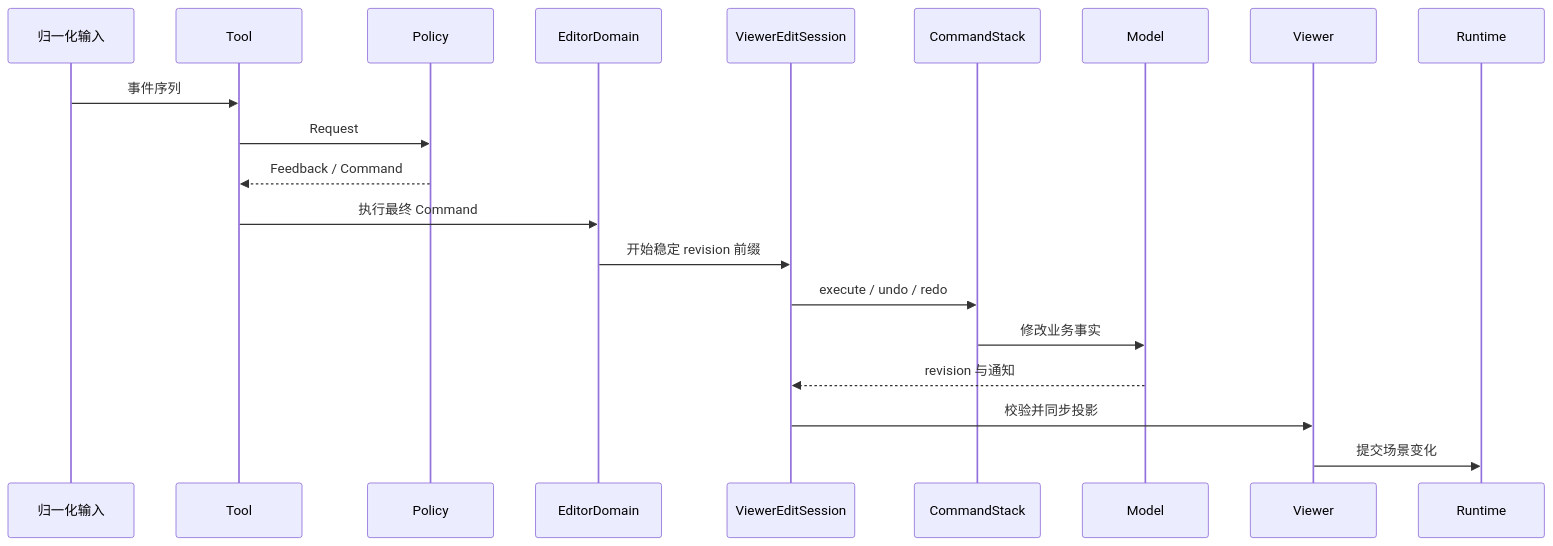
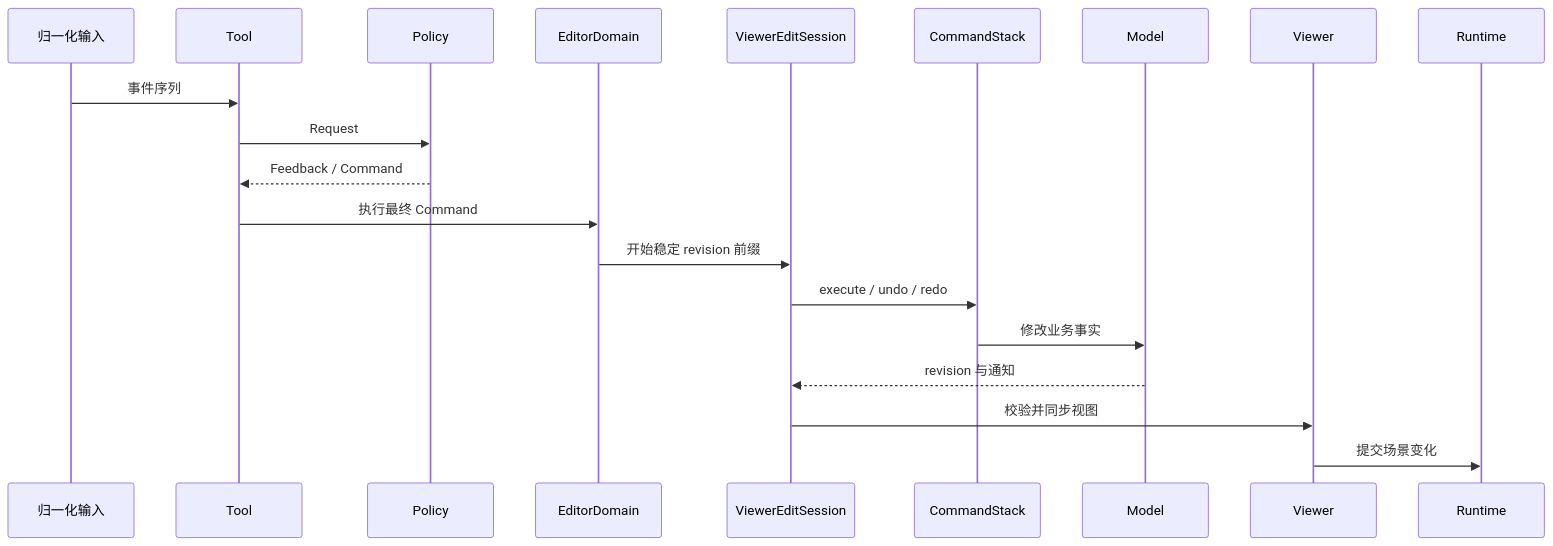
Before and after one commit to yezhang/novadraw: the fifth of 6 diagrams in engine/wasm_rust/novadraw/book/internals/src/appendix-concept-map.md, drawn with Mermaid. The commit also changed other lines of this file and 46 other files, not shown here.

````diff
--- a/engine/wasm_rust/novadraw/book/internals/src/appendix-concept-map.md
+++ b/engine/wasm_rust/novadraw/book/internals/src/appendix-concept-map.md
@@ -209,23 +210,23 @@
 ```mermaid
 sequenceDiagram
     participant Input as 归一化输入
     participant Tool
     participant Policy
     participant Domain as EditorDomain
     participant Session as ViewerEditSession
     participant Stack as CommandStack
     participant Model
     participant Viewer
     participant Runtime
 
     Input->>Tool: 事件序列
     Tool->>Policy: Request
     Policy-->>Tool: Feedback / Command
     Tool->>Domain: 执行最终 Command
     Domain->>Session: 开始稳定 revision 前缀
     Session->>Stack: execute / undo / redo
     Stack->>Model: 修改业务事实
     Model-->>Session: revision 与通知
-    Session->>Viewer: 校验并同步投影
+    Session->>Viewer: 校验并同步视图
     Viewer->>Runtime: 提交场景变化
 ```
````
